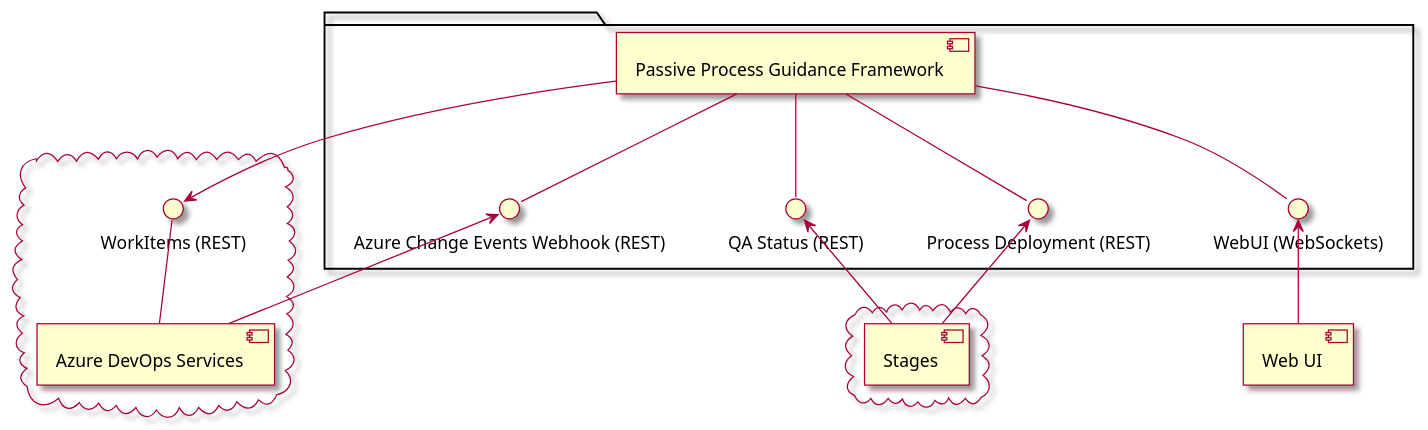
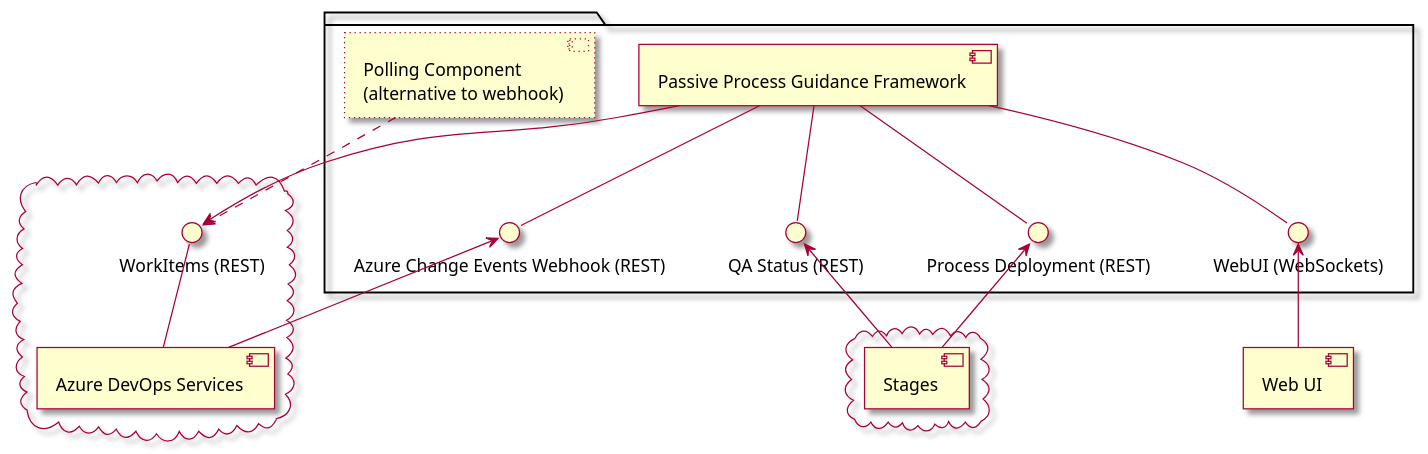
The diagram in doc/deploymentdiagram.plantuml (jku-isse/c4s.CQRS-passiveworkflowengine), drawn with PlantUML before and after one commit. The commit also changed 27 other files, not shown here.

```diff
--- a/doc/deploymentdiagram.plantuml
+++ b/doc/deploymentdiagram.plantuml
@@ -1,37 +1,40 @@
 @startuml
 
 skin rose
 
 
 cloud {
 	component "Stages" as stages
 }
 
 component "Web UI" as webui
 package {
 component "Passive Process Guidance Framework" as ppe {
-	
 }
+component "Polling Component \n(alternative to webhook)" as polling	#line.dotted
+
 interface "Azure Change Events Webhook (REST)" as webhook
 interface "Process Deployment (REST)" as deploy
 interface "WebUI (WebSockets)" as ui
 interface "QA Status (REST)" as qaREST
 ppe -down- webhook
 ppe -down- deploy 
 ppe -down- qaREST
 ppe -down- ui
 }	
 
 cloud {
  component "Azure DevOps Services" as azure
  interface "WorkItems (REST)" as rest 
  azure -up- rest
 }
 
 webhook <-- azure
 deploy <-- stages
 qaREST <-- stages
 ui <-- webui
 rest <-- ppe
+polling .down.> rest
+
 
 @endum
```
